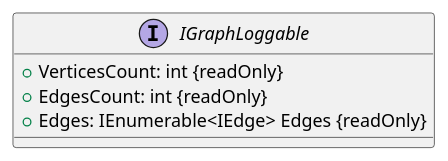
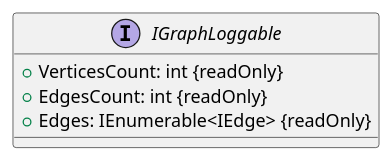
The diagram in presentation/architecture/puml/domain/IGraphLoggable.puml (Sergho/circuits), drawn with PlantUML before and after one commit. The commit also changed 10 other files, not shown here.

Commit message:
fix plantuml diagram

```diff
--- a/presentation/architecture/puml/domain/IGraphLoggable.puml
+++ b/presentation/architecture/puml/domain/IGraphLoggable.puml
@@ -1,9 +1,9 @@
 @startuml IGraphLoggable
 
 interface IGraphLoggable {
     + VerticesCount: int {readOnly}
     + EdgesCount: int {readOnly}
-    + Edges: IEnumerable<IEdge> Edges {readOnly}
+    + Edges: IEnumerable<IEdge> {readOnly}
 }
 
 @enduml
```
